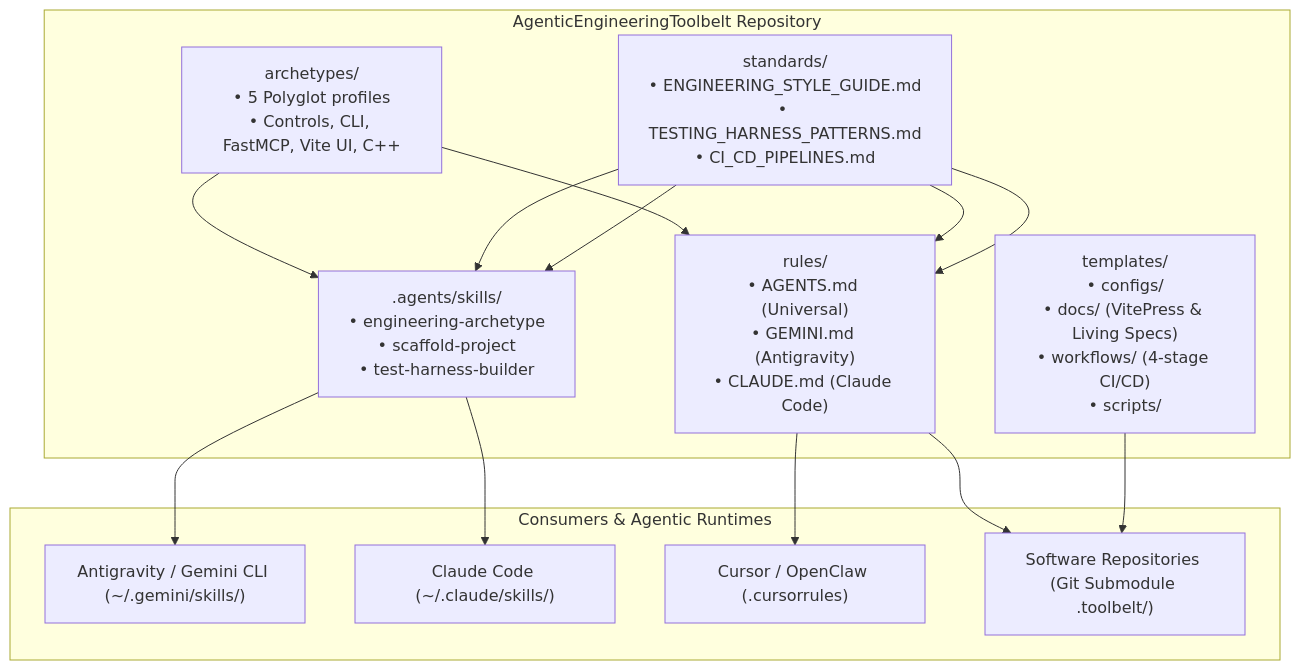
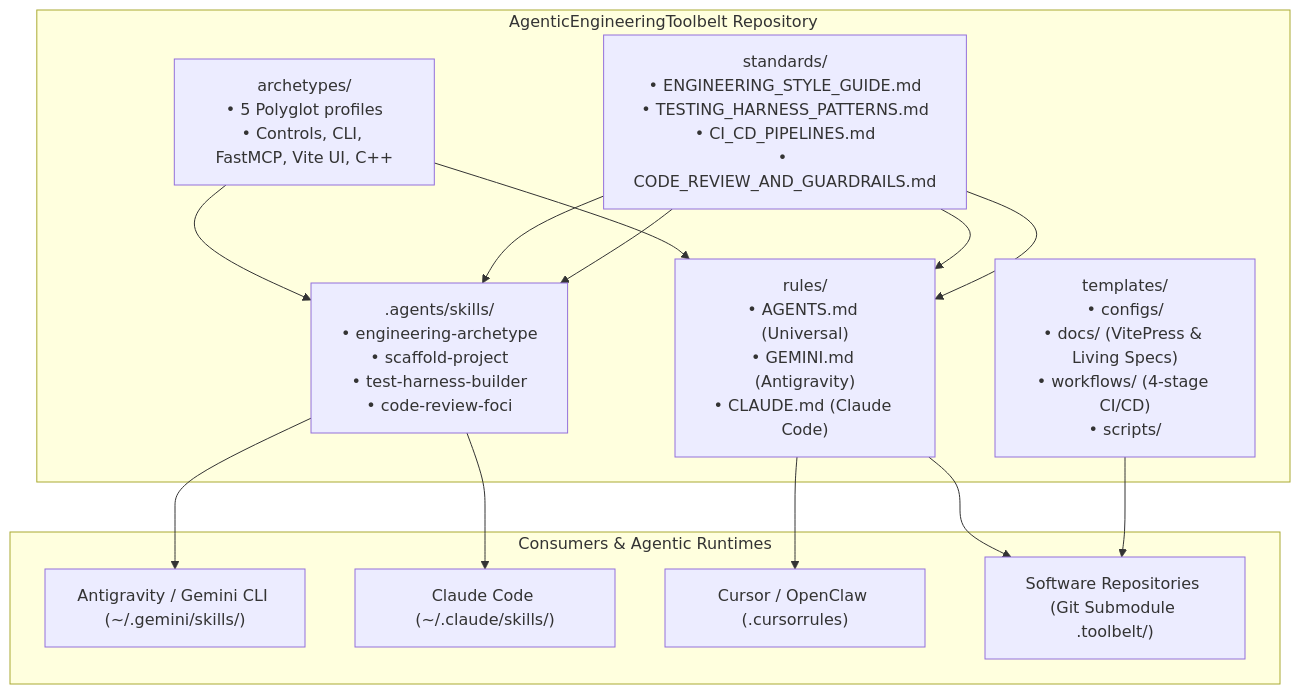
The first of 3 diagrams in ARCHITECTURE.md (spelech/AgenticEngineeringToolbelt), drawn with Mermaid before and after one commit. The commit also changed other lines of this file and 22 other files, not shown here.

Commit message:
feat(standards,skills): add 6-focus code review standard, requirements taxonomy, and repo guardrails

````diff
--- a/ARCHITECTURE.md
+++ b/ARCHITECTURE.md
@@ -9,23 +9,23 @@
 ```mermaid
 flowchart TD
     subgraph Toolbelt["AgenticEngineeringToolbelt Repository"]
         Archetypes["archetypes/<br>• 5 Polyglot profiles<br>• Controls, CLI, FastMCP, Vite UI, C++"]
-        Standards["standards/<br>• ENGINEERING_STYLE_GUIDE.md<br>• TESTING_HARNESS_PATTERNS.md<br>• CI_CD_PIPELINES.md"]
-        Skills[".agents/skills/<br>• engineering-archetype<br>• scaffold-project<br>• test-harness-builder"]
+        Standards["standards/<br>• ENGINEERING_STYLE_GUIDE.md<br>• TESTING_HARNESS_PATTERNS.md<br>• CI_CD_PIPELINES.md<br>• CODE_REVIEW_AND_GUARDRAILS.md"]
+        Skills[".agents/skills/<br>• engineering-archetype<br>• scaffold-project<br>• test-harness-builder<br>• code-review-foci"]
         Rules["rules/<br>• AGENTS.md (Universal)<br>• GEMINI.md (Antigravity)<br>• CLAUDE.md (Claude Code)"]
         Templates["templates/<br>• configs/<br>• docs/ (VitePress & Living Specs)<br>• workflows/ (4-stage CI/CD)<br>• scripts/"]
     end
 
     subgraph Clients["Consumers & Agentic Runtimes"]
         Antigravity["Antigravity / Gemini CLI (~/.gemini/skills/)"]
         Claude["Claude Code (~/.claude/skills/)"]
         Cursor["Cursor / OpenClaw (.cursorrules)"]
         Projects["Software Repositories (Git Submodule .toolbelt/)"]
     end
 
     Archetypes & Standards --> Skills & Rules
     Skills --> Antigravity & Claude
     Rules --> Projects & Cursor
     Standards --> Skills & Rules
     Templates --> Projects
 ```
````
